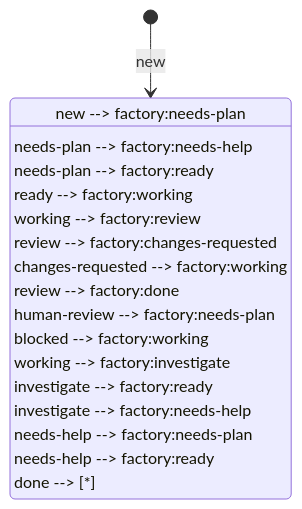
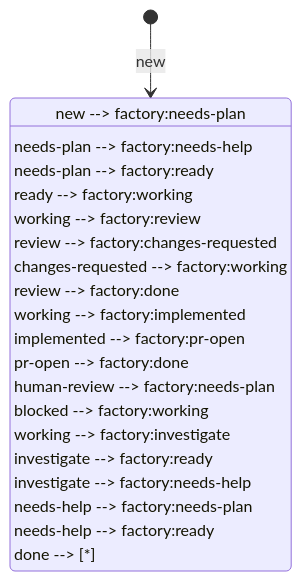
The diagram in docs/lifecycle.md (bin0110001/cezar-factory), drawn with Mermaid before and after one commit. The commit also changed other lines of this file and 16 other files, not shown here.

````diff
--- a/docs/lifecycle.md
+++ b/docs/lifecycle.md
@@ -23,20 +26,23 @@
 ```mermaid
 stateDiagram-v2
     [*] --> factory:new
     factory:new --> factory:needs-plan
     factory:needs-plan --> factory:needs-help
     factory:needs-plan --> factory:ready
     factory:ready --> factory:working
     factory:working --> factory:review
     factory:review --> factory:changes-requested
     factory:changes-requested --> factory:working
     factory:review --> factory:done
+    factory:working --> factory:implemented
+    factory:implemented --> factory:pr-open
+    factory:pr-open --> factory:done
     factory:human-review --> factory:needs-plan
     factory:blocked --> factory:working
     factory:working --> factory:investigate
     factory:investigate --> factory:ready
     factory:investigate --> factory:needs-help
     factory:needs-help --> factory:needs-plan
     factory:needs-help --> factory:ready
     factory:done --> [*]
 ```
````
